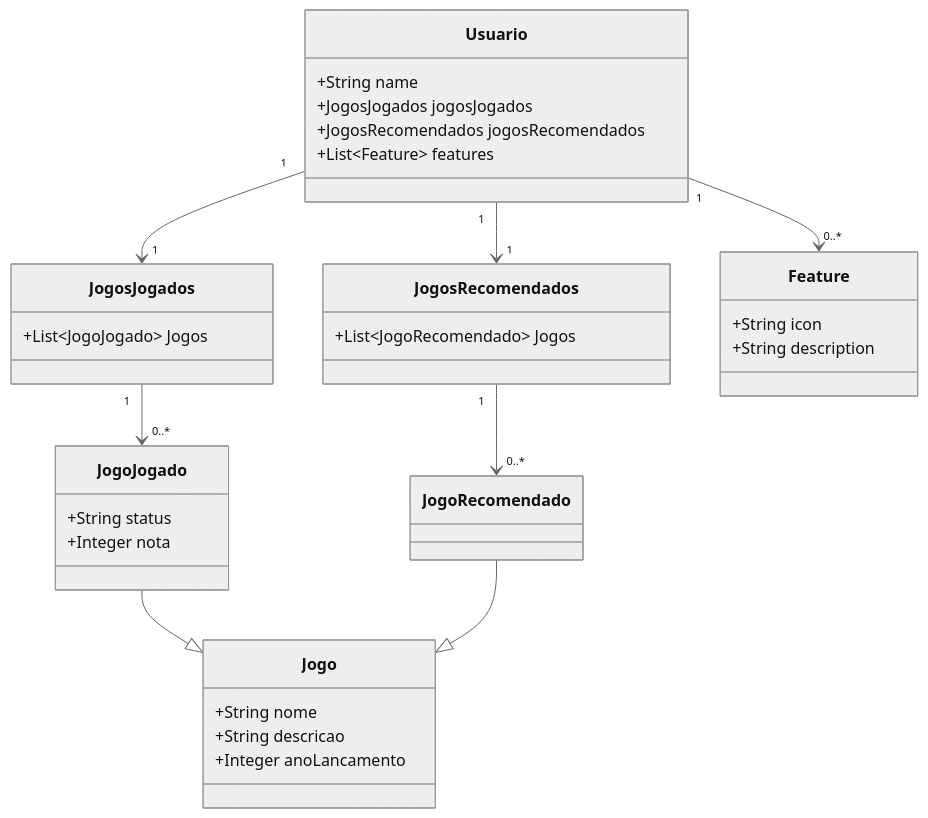
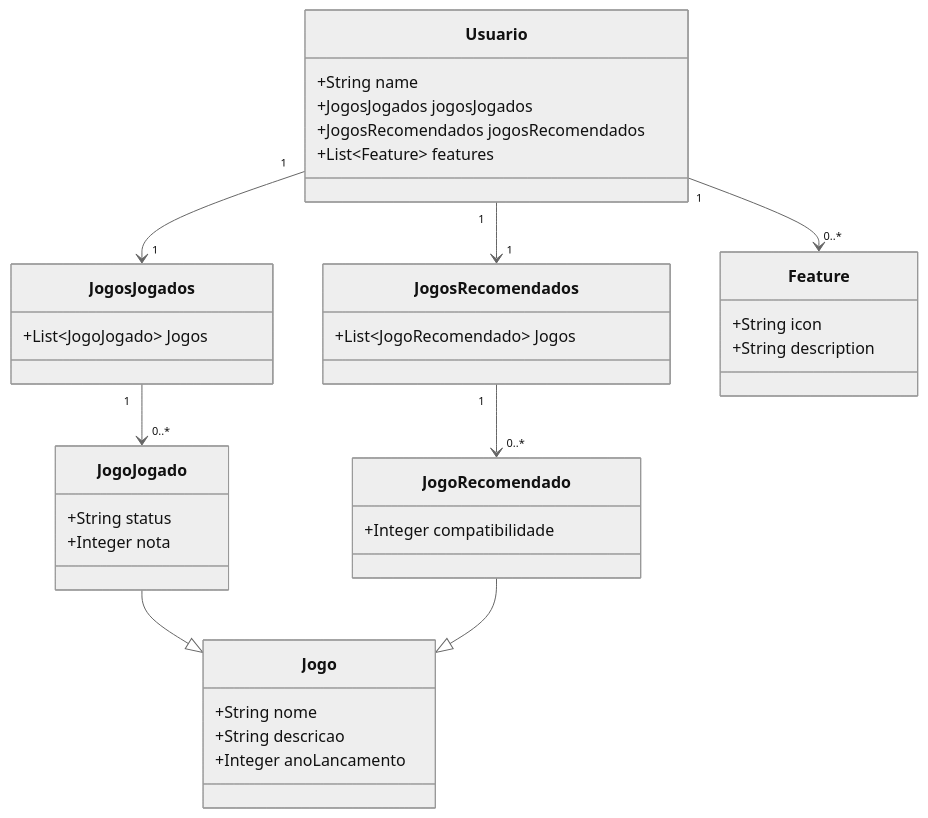
Before and after one commit to e1k1to/curriculo_gamer: the diagram in README.md, drawn with Mermaid (neutral theme).

````diff
--- a/README.md
+++ b/README.md
@@ -6,47 +6,48 @@
 ```mermaid
 classDiagram
     class Usuario {
         +String name
         +JogosJogados jogosJogados
         +JogosRecomendados jogosRecomendados
         +List~Feature~ features
     }
 
     class JogosJogados {
         +List~JogoJogado~ Jogos
     }
 
     class JogosRecomendados {
         +List~JogoRecomendado~ Jogos
     }
 
     class Jogo {
         +String nome
         +String descricao
         +Integer anoLancamento
     }
 
     class JogoJogado {
         +String status
         +Integer nota
     }
 
     class JogoRecomendado {
+        +Integer compatibilidade
     }
 
     class Feature {
         +String icon
         +String description
     }
 
     %% Relações e herança
     Usuario "1" --> "1" JogosJogados
     Usuario "1" --> "1" JogosRecomendados
     Usuario "1" --> "0..*" Feature
     JogosJogados "1" --> "0..*" JogoJogado
     JogosRecomendados "1" --> "0..*" JogoRecomendado
 
     JogoJogado --|> Jogo
     JogoRecomendado --|> Jogo
 
 ```
````
